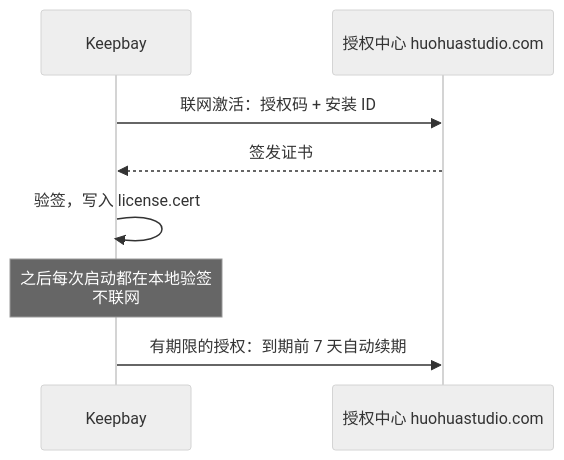
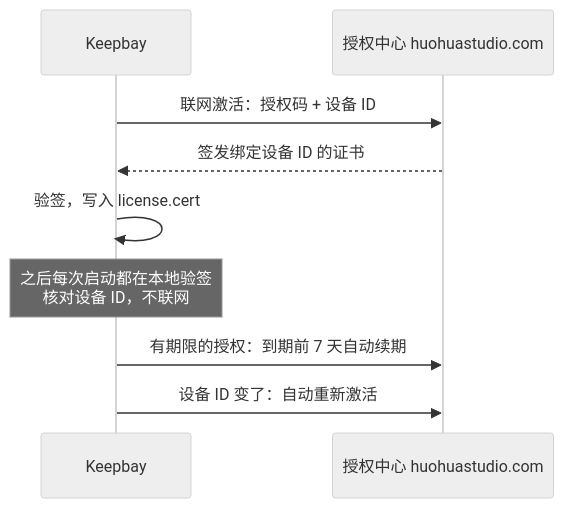
Before and after one commit to huohuastudio/websites: the eighth of 8 diagrams in sites/keepbay/docs/architecture.md, drawn with Mermaid (neutral theme). The commit also changed other lines of this file and 8 other files, not shown here.

````diff
--- a/sites/keepbay/docs/architecture.md
+++ b/sites/keepbay/docs/architecture.md
@@ -347,10 +347,11 @@
 ```mermaid
 sequenceDiagram
     participant K as Keepbay
     participant C as 授权中心 huohuastudio.com
-    K->>C: 联网激活：授权码 + 安装 ID
-    C-->>K: 签发证书
+    K->>C: 联网激活：授权码 + 设备 ID
+    C-->>K: 签发绑定设备 ID 的证书
     K->>K: 验签，写入 license.cert
-    Note over K: 之后每次启动都在本地验签<br/>不联网
+    Note over K: 之后每次启动都在本地验签<br/>核对设备 ID，不联网
     K->>C: 有期限的授权：到期前 7 天自动续期
+    K->>C: 设备 ID 变了：自动重新激活
 ```
````
